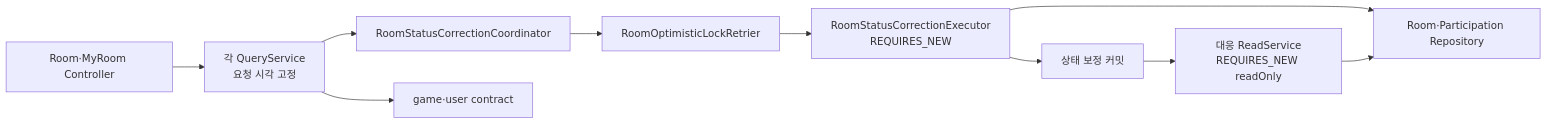
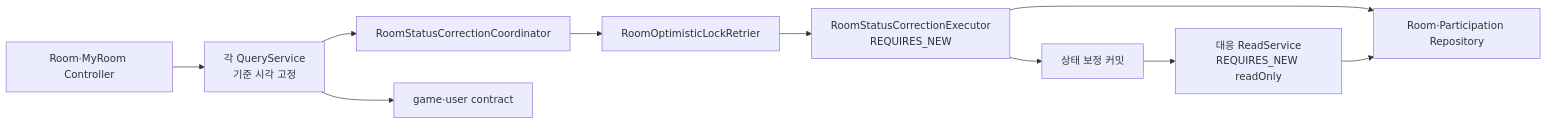
The second of 3 diagrams in docs/ARCHITECTURE.md (bamsongi-club/albam-mate), drawn with Mermaid before and after one commit. The commit also changed other lines of this file and 4 other files, not shown here.

````diff
--- a/docs/ARCHITECTURE.md
+++ b/docs/ARCHITECTURE.md
@@ -139,12 +147,12 @@
 ```mermaid
 flowchart LR
-    controller["Room·MyRoom Controller"] --> query["각 QueryService<br/>요청 시각 고정"]
+    controller["Room·MyRoom Controller"] --> query["각 QueryService<br/>기준 시각 고정"]
     query --> coordinator["RoomStatusCorrectionCoordinator"]
     coordinator --> retrier["RoomOptimisticLockRetrier"]
     retrier --> correctionExecutor["RoomStatusCorrectionExecutor<br/>REQUIRES_NEW"]
     correctionExecutor --> repositories["Room·Participation Repository"]
     correctionExecutor --> committed["상태 보정 커밋"]
     committed --> read["대응 ReadService<br/>REQUIRES_NEW readOnly"]
     read --> repositories
     query --> contracts["game·user contract"]
 ```
````
